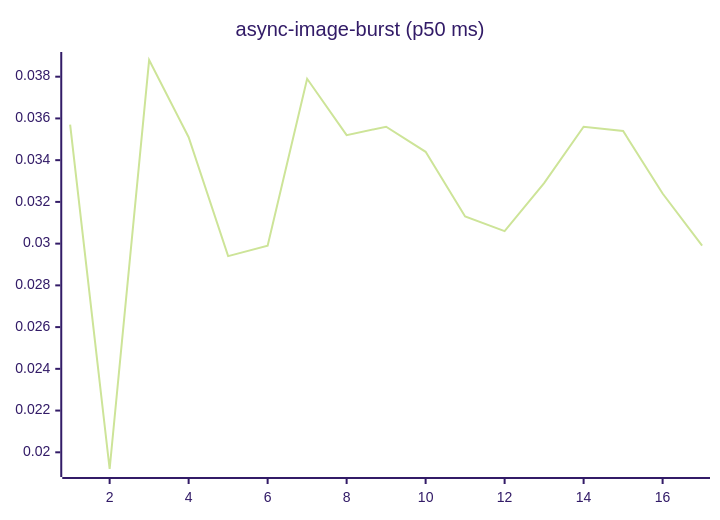
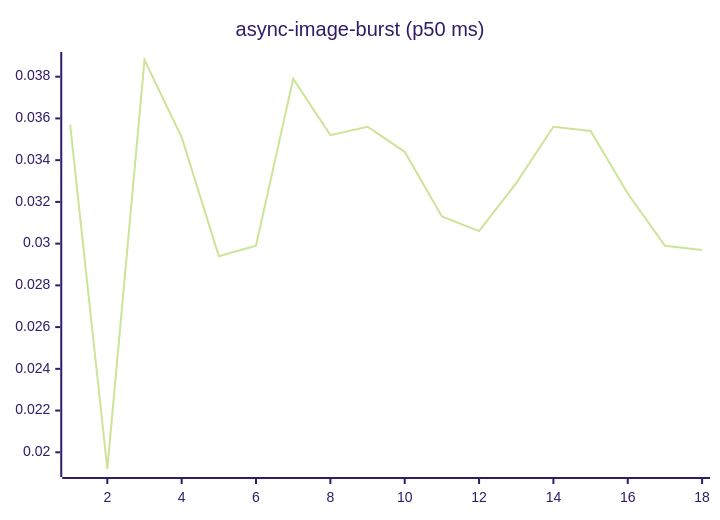
Before and after one commit to josha/Facet: the fourth of 27 diagrams in README.md, drawn with Mermaid (forest theme). The commit also changed other lines of this file and 2 other files, not shown here.

````diff
--- a/README.md
+++ b/README.md
@@ -84,6 +84,6 @@
 ```mermaid
 xychart-beta
     title "async-image-burst (p50 ms)"
-    x-axis 1 --> 17
-    line [0.0357, 0.0192, 0.0388, 0.0351, 0.0294, 0.0299, 0.0379, 0.0352, 0.0356, 0.0344, 0.0313, 0.0306, 0.0329, 0.0356, 0.0354, 0.0324, 0.0299]
+    x-axis 1 --> 18
+    line [0.0357, 0.0192, 0.0388, 0.0351, 0.0294, 0.0299, 0.0379, 0.0352, 0.0356, 0.0344, 0.0313, 0.0306, 0.0329, 0.0356, 0.0354, 0.0324, 0.0299, 0.0297]
 ```
````
